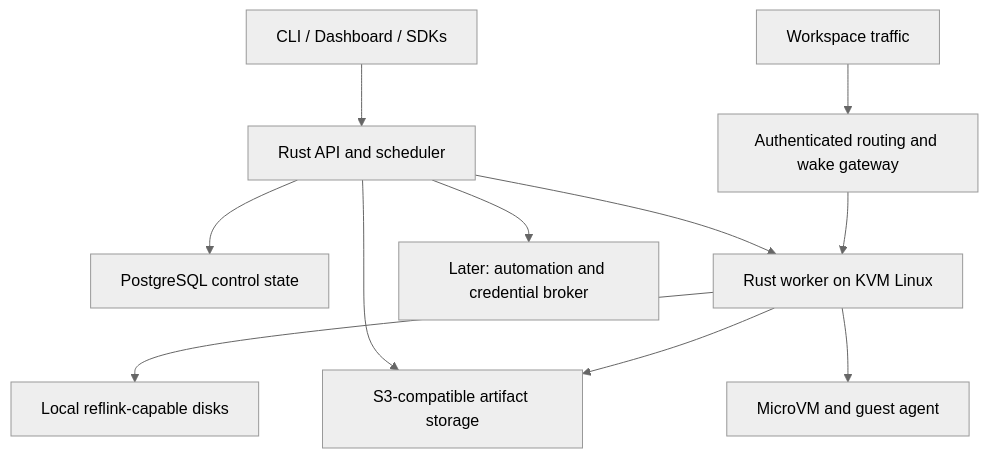
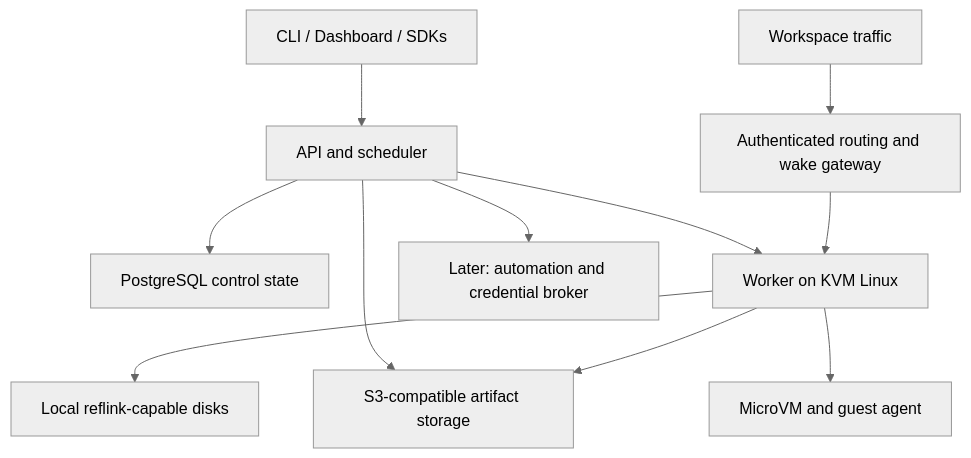
Before and after one commit to sebassdc/open-workspaces: the diagram in docs/ARCHITECTURE.md, drawn with Mermaid (neutral theme). The commit also changed other lines of this file and 75 other files, not shown here.

````diff
--- a/docs/ARCHITECTURE.md
+++ b/docs/ARCHITECTURE.md
@@ -35,13 +35,13 @@
 ```mermaid
 flowchart TD
-    Clients[CLI / Dashboard / SDKs] --> API[Rust API and scheduler]
+    Clients[CLI / Dashboard / SDKs] --> API[API and scheduler]
     API --> DB[PostgreSQL control state]
-    API --> Worker[Rust worker on KVM Linux]
+    API --> Worker[Worker on KVM Linux]
     Traffic[Workspace traffic] --> Gateway[Authenticated routing and wake gateway]
     Gateway --> Worker
     Worker --> Guest[MicroVM and guest agent]
     Worker --> Disk[Local reflink-capable disks]
     API --> Store[S3-compatible artifact storage]
     Worker --> Store
     API --> Jobs[Later: automation and credential broker]
 ```
````
